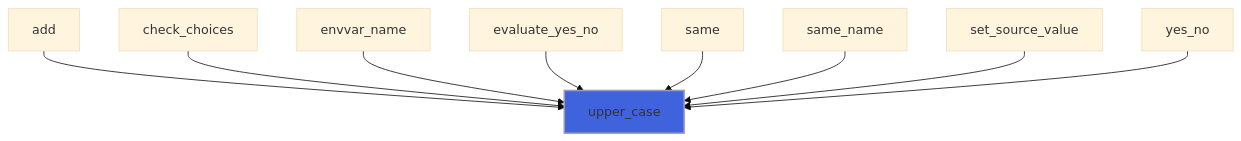
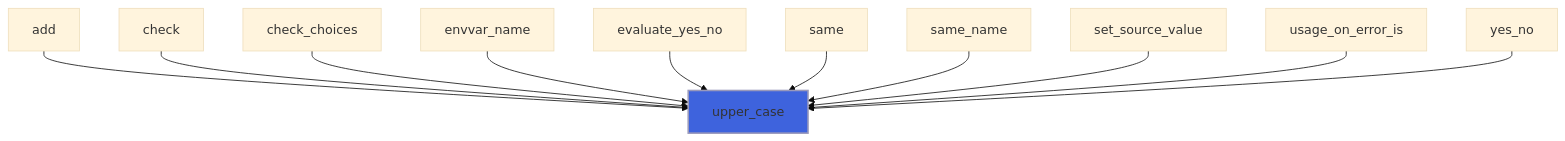
One commit to szaghi/FLAP changed diagram 15 of 19 in docs/api/src/lib/flap_utils_m.md. Above: the diagram before and after it, drawn with Mermaid (base theme). The commit also changed other lines of this file and 13 other files, not shown here.

First line of the commit message:
feat(cli): usage_on_error, a shorter output after an error

````diff
--- a/docs/api/src/lib/flap_utils_m.md
+++ b/docs/api/src/lib/flap_utils_m.md
@@ -543,12 +544,14 @@
 ```mermaid
 flowchart TD
   add["add"] --> upper_case["upper_case"]
+  check["check"] --> upper_case["upper_case"]
   check_choices["check_choices"] --> upper_case["upper_case"]
   envvar_name["envvar_name"] --> upper_case["upper_case"]
   evaluate_yes_no["evaluate_yes_no"] --> upper_case["upper_case"]
   same["same"] --> upper_case["upper_case"]
   same_name["same_name"] --> upper_case["upper_case"]
   set_source_value["set_source_value"] --> upper_case["upper_case"]
+  usage_on_error_is["usage_on_error_is"] --> upper_case["upper_case"]
   yes_no["yes_no"] --> upper_case["upper_case"]
   style upper_case fill:#3e63dd,stroke:#99b,stroke-width:2px
 ```
````
